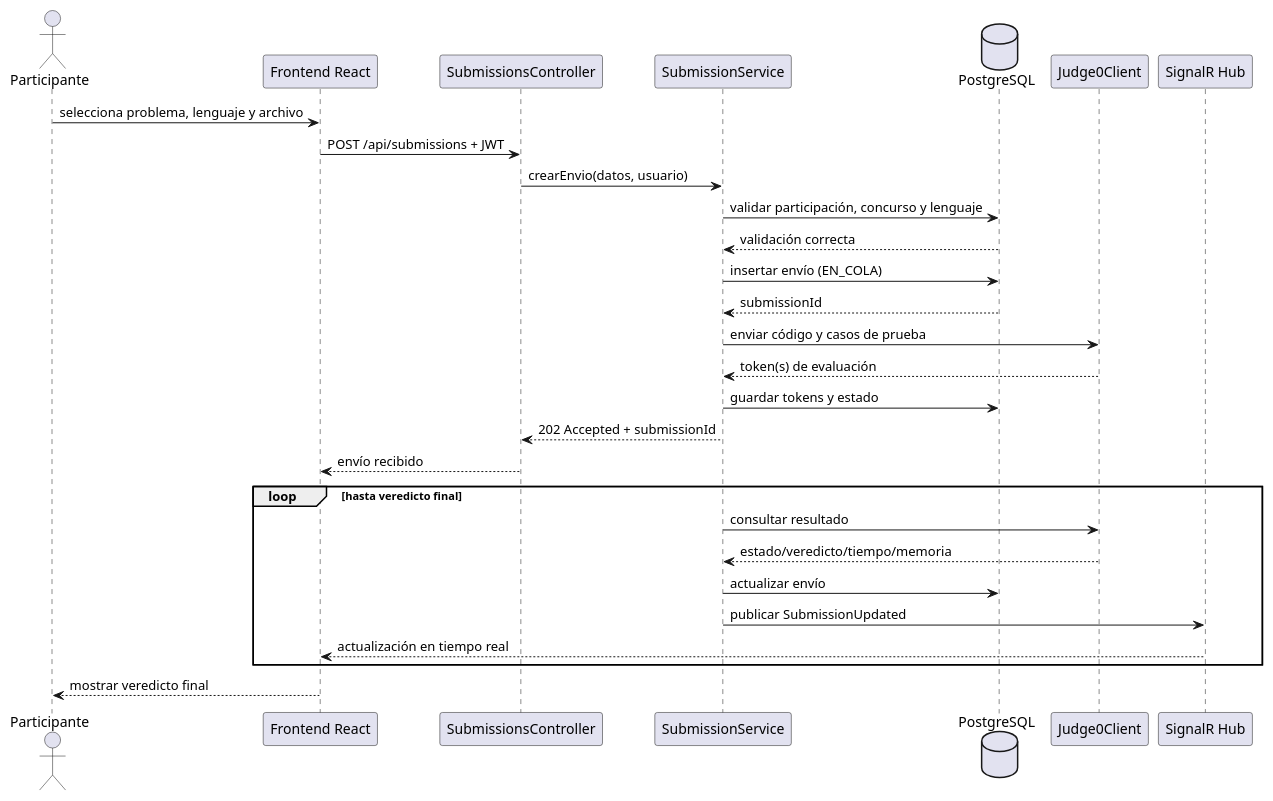
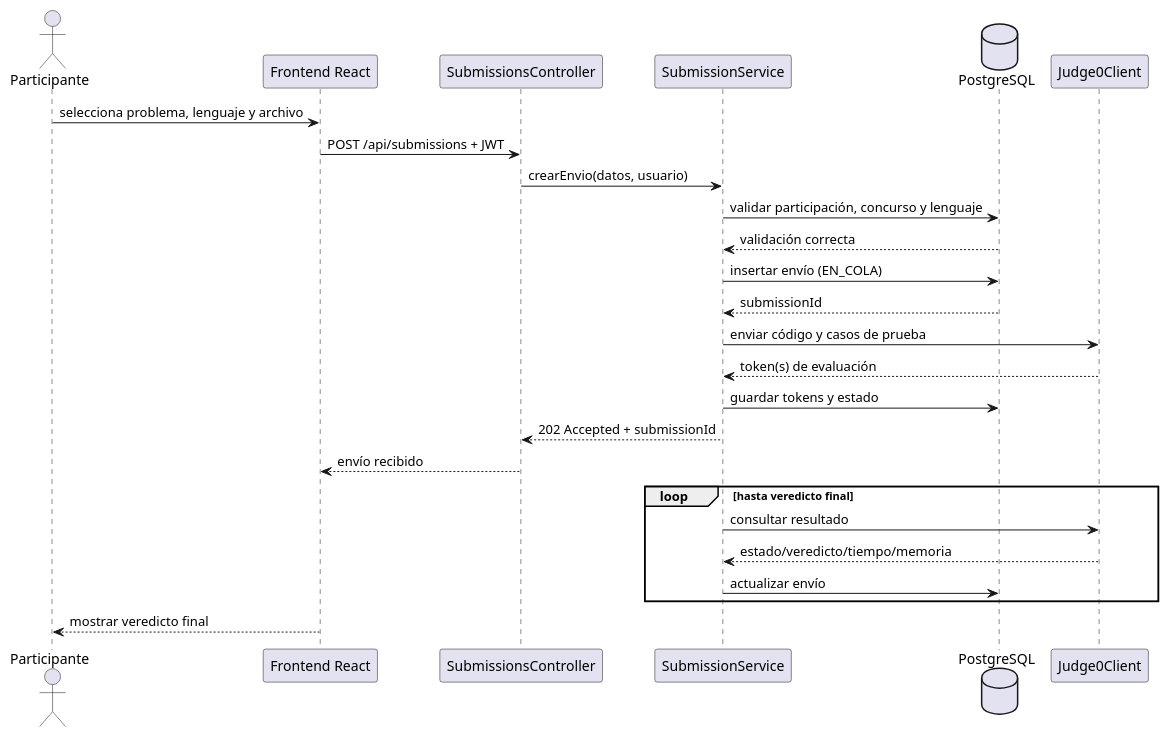
One commit to Alex-Fernandez-2003/UPDS-JUDGE-FRONT changed the diagram in docs/puml/secuencia-envio-solucion.puml. Above: the diagram before and after it, drawn with PlantUML. The commit also changed 17 other files, not shown here.

```diff
--- a/docs/puml/secuencia-envio-solucion.puml
+++ b/docs/puml/secuencia-envio-solucion.puml
@@ -1,29 +1,26 @@
 @startuml
 actor Participante
 participant "Frontend React" as Front
 participant "SubmissionsController" as Controller
 participant "SubmissionService" as Service
 database "PostgreSQL" as DB
 participant "Judge0Client" as Judge
-participant "SignalR Hub" as Hub
 Participante -> Front : selecciona problema, lenguaje y archivo
 Front -> Controller : POST /api/submissions + JWT
 Controller -> Service : crearEnvio(datos, usuario)
 Service -> DB : validar participación, concurso y lenguaje
 DB --> Service : validación correcta
 Service -> DB : insertar envío (EN_COLA)
 DB --> Service : submissionId
 Service -> Judge : enviar código y casos de prueba
 Judge --> Service : token(s) de evaluación
 Service -> DB : guardar tokens y estado
 Service --> Controller : 202 Accepted + submissionId
 Controller --> Front : envío recibido
 loop hasta veredicto final
   Service -> Judge : consultar resultado
   Judge --> Service : estado/veredicto/tiempo/memoria
   Service -> DB : actualizar envío
-  Service -> Hub : publicar SubmissionUpdated
-  Hub --> Front : actualización en tiempo real
 end
 Front --> Participante : mostrar veredicto final
 @enduml
```
